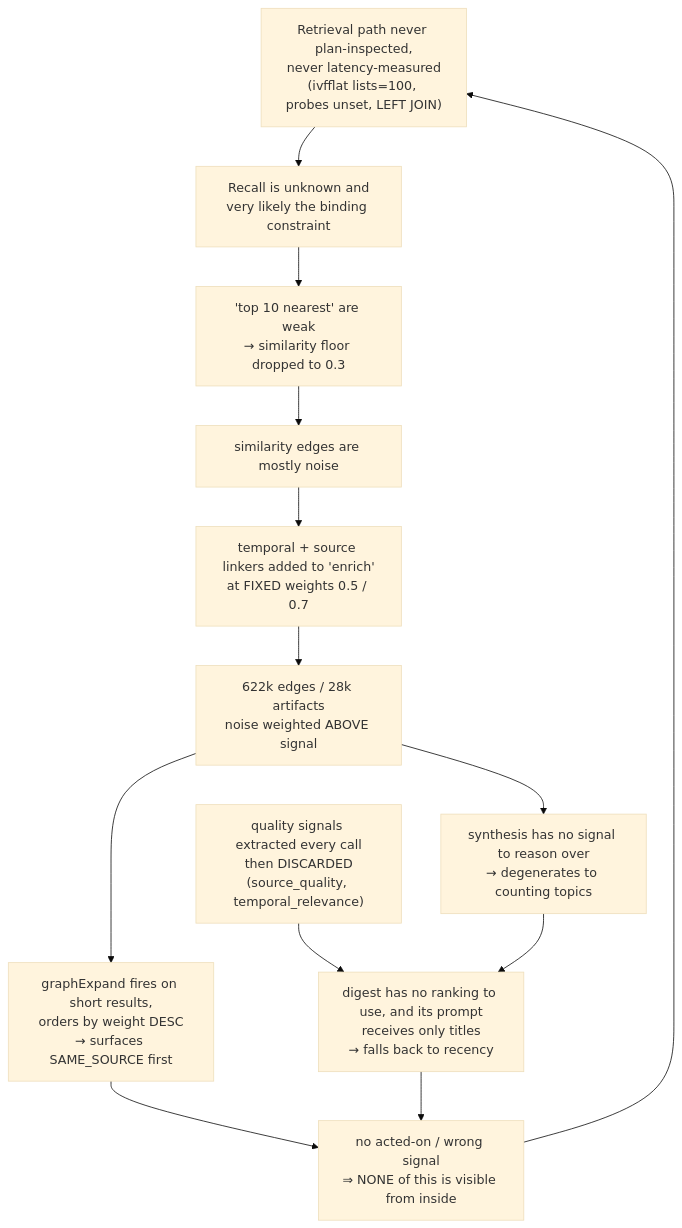
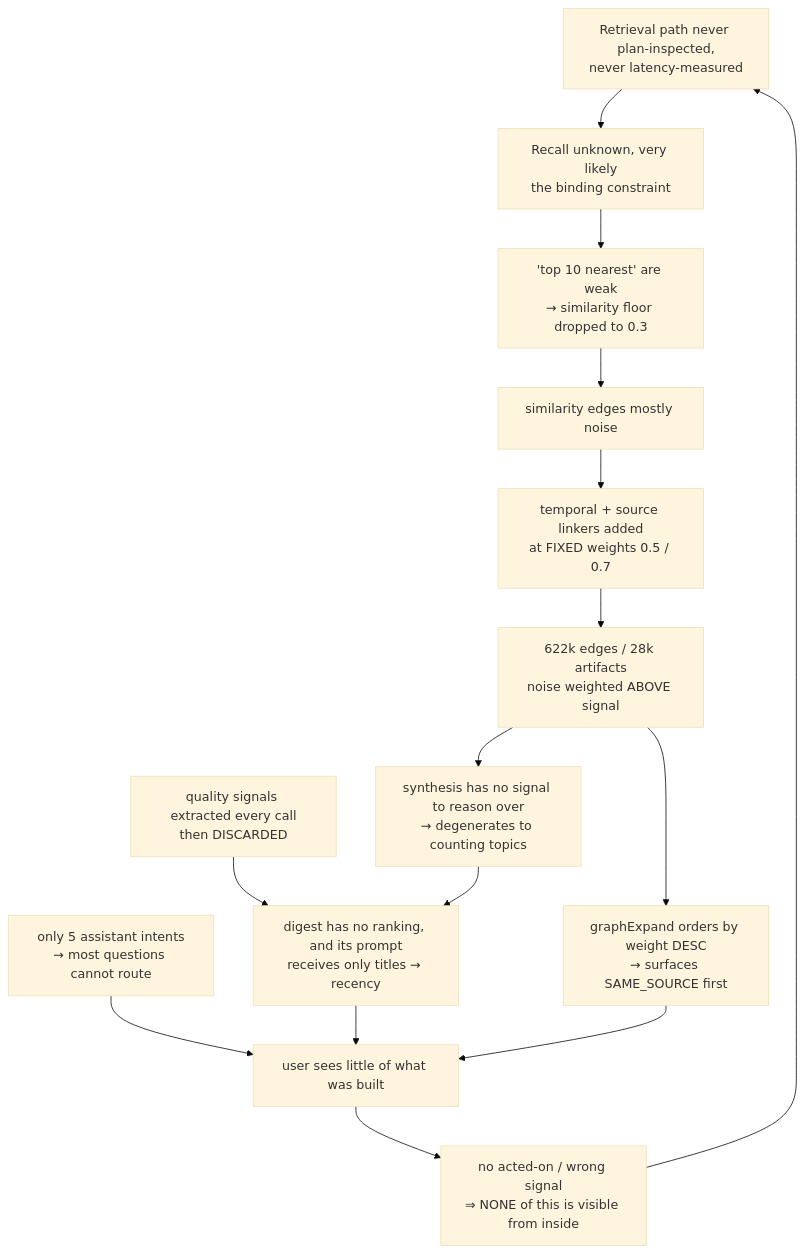
The first of 2 diagrams in docs/Product_Direction_2026-07-31.md (pkirsanov/smackerel), drawn with Mermaid (base theme) before and after one commit. The commit also changed other lines of this file, not shown here.

````diff
--- a/docs/Product_Direction_2026-07-31.md
+++ b/docs/Product_Direction_2026-07-31.md
@@ -122,15 +123,17 @@
 ```mermaid
 graph TD
-    A["Retrieval path never plan-inspected,<br/>never latency-measured<br/>(ivfflat lists=100, probes unset, LEFT JOIN)"] --> B["Recall is unknown and<br/>very likely the binding constraint"]
+    A["Retrieval path never plan-inspected,<br/>never latency-measured"] --> B["Recall unknown, very likely<br/>the binding constraint"]
     B --> C["'top 10 nearest' are weak<br/>→ similarity floor dropped to 0.3"]
-    C --> D["similarity edges are mostly noise"]
-    D --> E["temporal + source linkers added to 'enrich'<br/>at FIXED weights 0.5 / 0.7"]
+    C --> D["similarity edges mostly noise"]
+    D --> E["temporal + source linkers added<br/>at FIXED weights 0.5 / 0.7"]
     E --> F["622k edges / 28k artifacts<br/>noise weighted ABOVE signal"]
-    F --> G["graphExpand fires on short results,<br/>orders by weight DESC<br/>→ surfaces SAME_SOURCE first"]
+    F --> G["graphExpand orders by weight DESC<br/>→ surfaces SAME_SOURCE first"]
     F --> H["synthesis has no signal to reason over<br/>→ degenerates to counting topics"]
-    X["quality signals extracted every call<br/>then DISCARDED<br/>(source_quality, temporal_relevance)"] --> I
-    H --> I["digest has no ranking to use, and its prompt<br/>receives only titles<br/>→ falls back to recency"]
-    G --> J["no acted-on / wrong signal<br/>⇒ NONE of this is visible from inside"]
-    I --> J
+    X["quality signals extracted every call<br/>then DISCARDED"] --> I
+    H --> I["digest has no ranking, and its prompt<br/>receives only titles → recency"]
+    Y["only 5 assistant intents<br/>→ most questions cannot route"] --> Z
+    I --> Z["user sees little of what was built"]
+    G --> Z
+    Z --> J["no acted-on / wrong signal<br/>⇒ NONE of this is visible from inside"]
     J --> A
 ```
````
